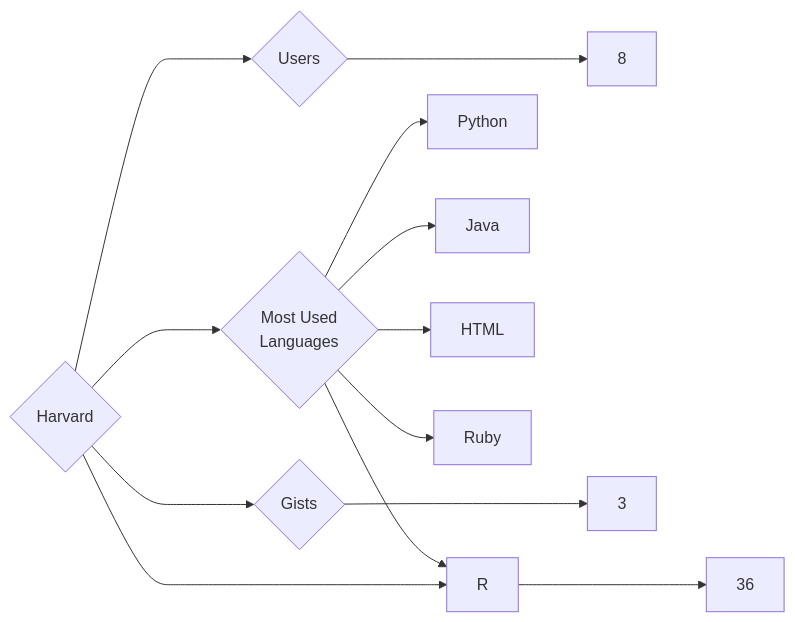
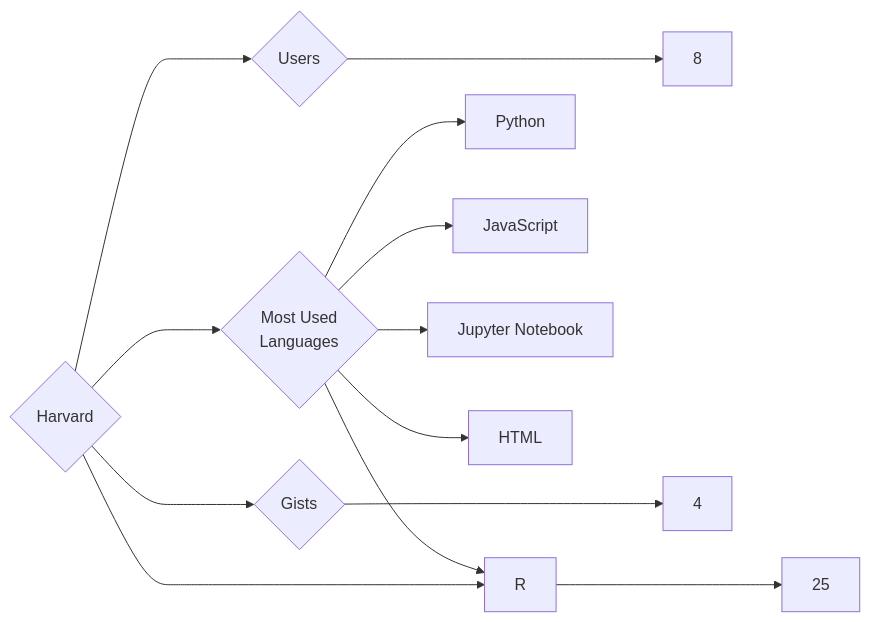
One commit to trickest/insiders changed the diagram in targets/Harvard/README.md. Above: the diagram before and after it, drawn with Mermaid. The commit also changed 1030 other files, not shown here.

````diff
--- a/targets/Harvard/README.md
+++ b/targets/Harvard/README.md
@@ -3,13 +3,13 @@
 ```mermaid
 graph LR
 COMPANY_NAME{Harvard}
 COMPANY_NAME ---> U{Users} ---> UN[8]
-COMPANY_NAME ---> R{Repositories} ---> RN[36]
-COMPANY_NAME ---> G{Gists} ---> GN[3]
+COMPANY_NAME ---> R{Repositories} ---> RN[25]
+COMPANY_NAME ---> G{Gists} ---> GN[4]
 COMPANY_NAME ---> ML{Most Used<br>Languages}
 ML --> Python[Python]
-ML --> Java[Java]
+ML --> JavaScript[JavaScript]
+ML --> Jupyter_Notebook[Jupyter Notebook]
+ML --> HTML[HTML]
 ML --> R[R]
-ML --> HTML[HTML]
-ML --> Ruby[Ruby]
 ```
````
